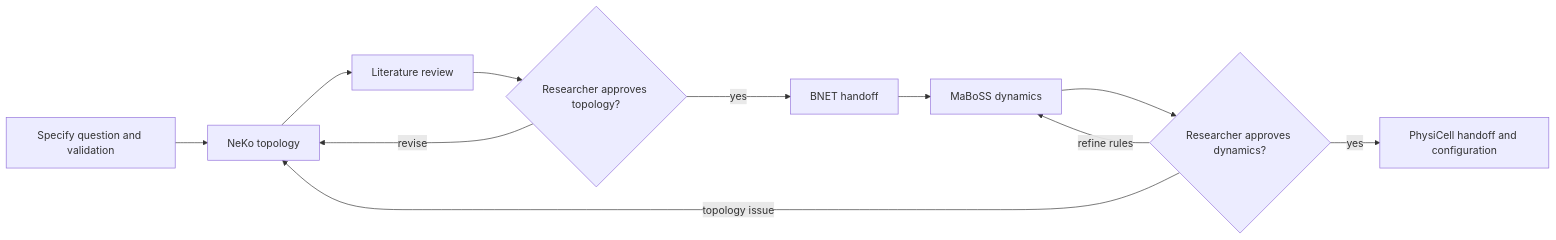
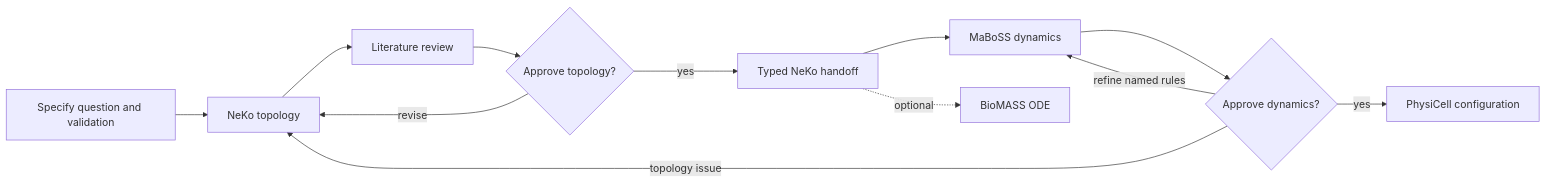
One commit to marcorusc/agentic_system_for_modelling changed the second of 2 diagrams in README.md. Above: the diagram before and after it, drawn with Mermaid. The commit also changed other lines of this file and 5 other files, not shown here.

````diff
--- a/README.md
+++ b/README.md
@@ -355,13 +157,14 @@
 ```mermaid
 flowchart LR
     A[Specify question and validation] --> B[NeKo topology]
     B --> C[Literature review]
-    C --> D{Researcher approves topology?}
+    C --> D{Approve topology?}
     D -- revise --> B
-    D -- yes --> E[BNET handoff]
+    D -- yes --> E[Typed NeKo handoff]
     E --> F[MaBoSS dynamics]
-    F --> G{Researcher approves dynamics?}
+    F --> G{Approve dynamics?}
     G -- topology issue --> B
-    G -- refine rules --> F
-    G -- yes --> H[PhysiCell handoff and configuration]
+    G -- refine named rules --> F
+    G -- yes --> H[PhysiCell configuration]
+    E -. optional .-> X[BioMASS ODE]
 ```
````
